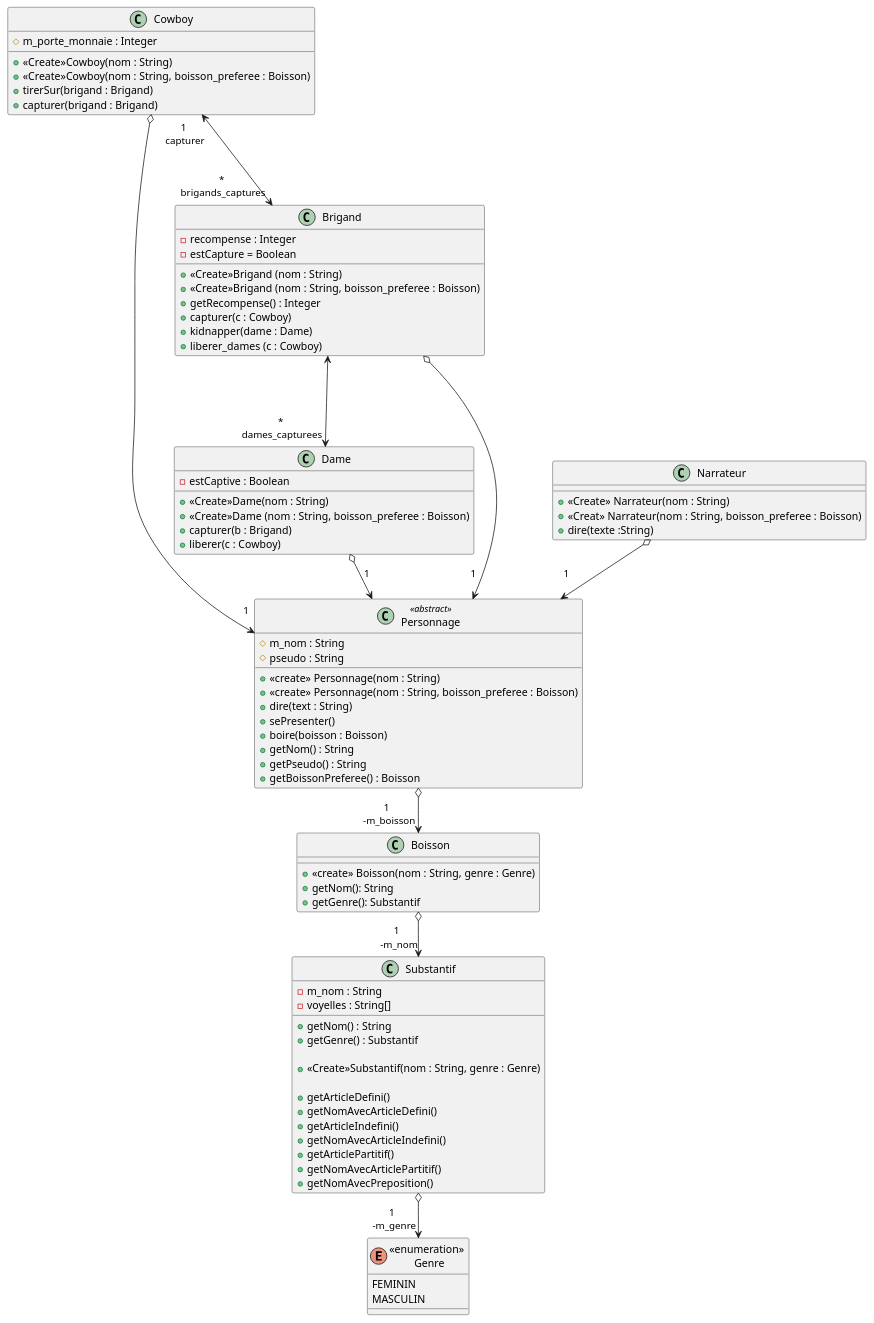
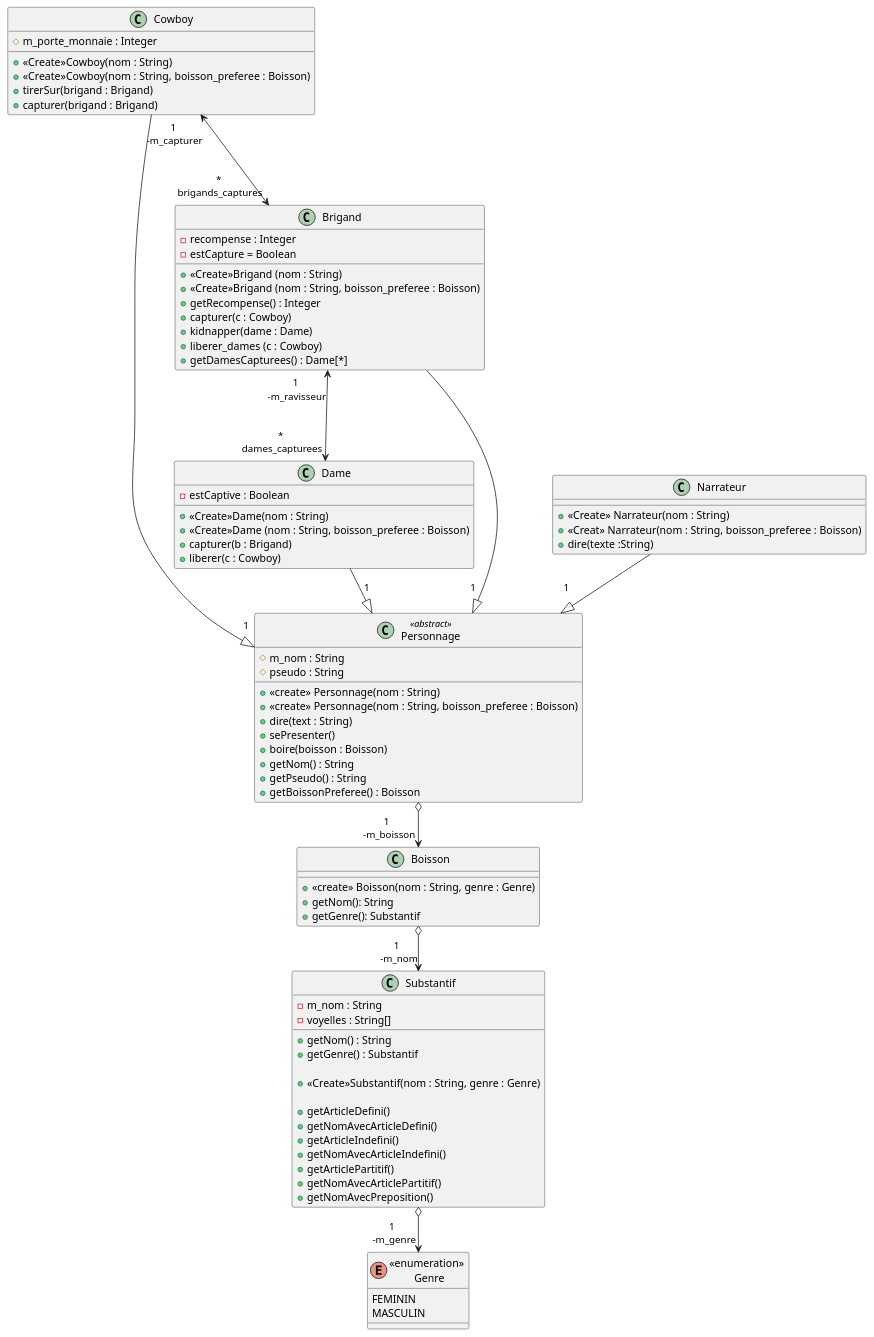
Before and after one commit to Lirobi/Projet-western: the diagram in src/Scenario2/Grammaire/Grammaire.puml, drawn with PlantUML.

Commit message:
corrections Ali

```diff
--- a/src/Scenario2/Grammaire/Grammaire.puml
+++ b/src/Scenario2/Grammaire/Grammaire.puml
@@ -1,92 +1,93 @@
 @startuml
 
-Dame o--> "1\n" Personnage
-Cowboy o--> "1\n" Personnage
-Brigand o--> "1\n" Personnage
-Narrateur o--> "1\n" Personnage
+Dame --|> "1\n" Personnage
+Cowboy --|> "1\n" Personnage
+Brigand --|> "1\n" Personnage
+Narrateur --|> "1\n" Personnage
 Personnage o-->"1 \n -m_boisson" Boisson
 Boisson o-->"1 \n -m_nom" Substantif
 Substantif o-->"1 \n -m_genre" "«enumeration» \n Genre"
 'Dame <---> Cowboy
-Cowboy "1\n capturer"<---> "*\n brigands_captures" Brigand
-Brigand <---> "*\n dames_capturees"Dame
+Cowboy "1\n -m_capturer"<---> "*\n brigands_captures" Brigand
+Brigand "1\n -m_ravisseur"<---> "*\n dames_capturees"Dame
 
 enum "«enumeration» \n Genre" {
 FEMININ
 MASCULIN
 }
 
 class Substantif {
 
     - m_nom : String
     '- m_genre : Genre
     - voyelles : String[]
     + getNom() : String
     + getGenre() : Substantif
 
     + «Create»Substantif(nom : String, genre : Genre)
 
     + getArticleDefini()
     + getNomAvecArticleDefini()
     + getArticleIndefini()
     + getNomAvecArticleIndefini()
     + getArticlePartitif()
     + getNomAvecArticlePartitif()
     + getNomAvecPreposition()
 
 }
 
 class Boisson {
     '- m_nom : Substantif
 
     + «create» Boisson(nom : String, genre : Genre)
     + getNom(): String
     + getGenre(): Substantif
 }
 class Personnage<<abstract>>{
     # m_nom : String
     '- m_boisson : Boisson
     # pseudo : String
 
     + «create» Personnage(nom : String)
     + «create» Personnage(nom : String, boisson_preferee : Boisson)
     + dire(text : String)
     + sePresenter()
     + boire(boisson : Boisson)
     + getNom() : String
     + getPseudo() : String
     + getBoissonPreferee() : Boisson
 }
 
 class Cowboy{
     # m_porte_monnaie : Integer
     + «Create»Cowboy(nom : String)
     + «Create»Cowboy(nom : String, boisson_preferee : Boisson)
     + tirerSur(brigand : Brigand)
     + capturer(brigand : Brigand)
 
 }
 class Dame{
     - estCaptive : Boolean
     + «Create»Dame(nom : String)
     + «Create»Dame (nom : String, boisson_preferee : Boisson)
     + capturer(b : Brigand)
     + liberer(c : Cowboy)
 }
 class Brigand{
     - recompense : Integer
     - estCapture = Boolean
     + «Create»Brigand (nom : String)
     + «Create»Brigand (nom : String, boisson_preferee : Boisson)
     + getRecompense() : Integer
     + capturer(c : Cowboy)
     + kidnapper(dame : Dame)
     + liberer_dames (c : Cowboy)
+    + getDamesCapturees() : Dame[*]
 }
 class Narrateur{
     + «Create» Narrateur(nom : String)
     + «Creat» Narrateur(nom : String, boisson_preferee : Boisson)
     + dire(texte :String)
 }
 
 @enduml
```
